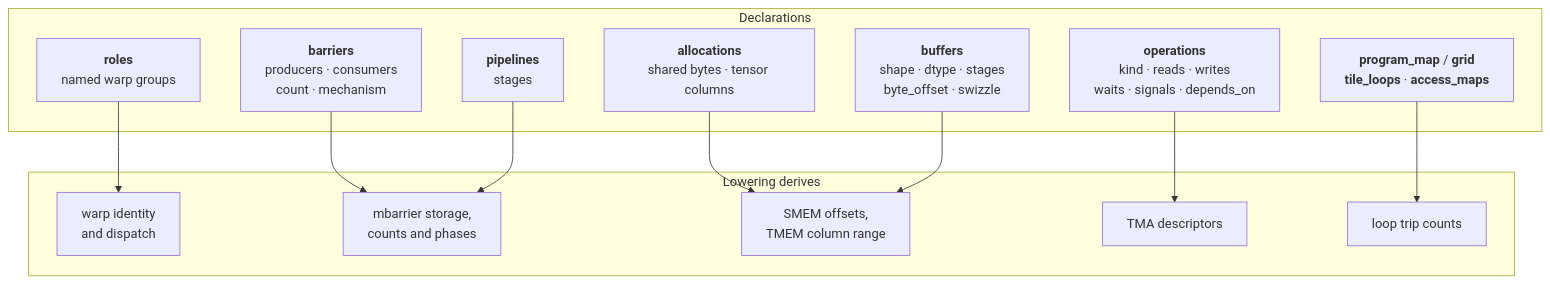
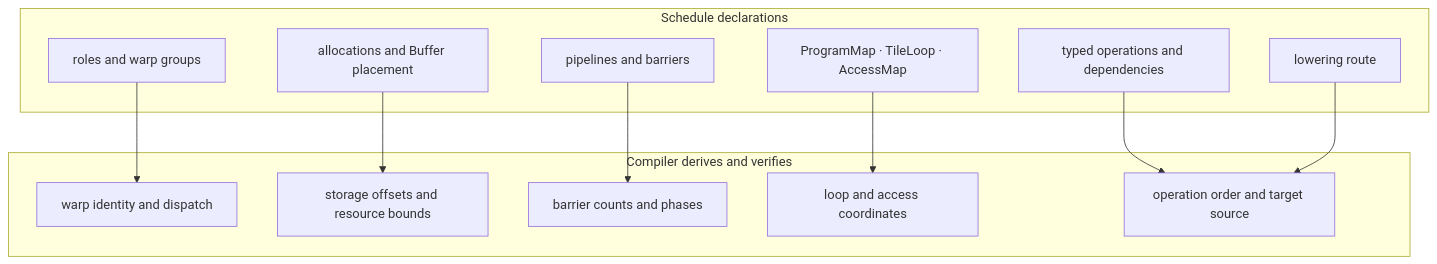
The second of 4 diagrams in docs/ARCHITECTURE.md (qhy991/open-cake-ir), drawn with Mermaid before and after one commit. The commit also changed other lines of this file and 55 other files, not shown here.

````diff
--- a/docs/ARCHITECTURE.md
+++ b/docs/ARCHITECTURE.md
@@ -124,28 +75,26 @@
 ```mermaid
 graph TB
-    subgraph decl["Declarations"]
-        R["<b>roles</b><br/>named warp groups"]
-        AL["<b>allocations</b><br/>shared bytes · tensor columns"]
-        B["<b>buffers</b><br/>shape · dtype · stages<br/>byte_offset · swizzle"]
-        P["<b>pipelines</b><br/>stages"]
-        BA["<b>barriers</b><br/>producers · consumers<br/>count · mechanism"]
-        PM["<b>program_map</b> / <b>grid</b><br/><b>tile_loops</b> · <b>access_maps</b>"]
-        OP["<b>operations</b><br/>kind · reads · writes<br/>waits · signals · depends_on"]
+    subgraph declarations["Schedule declarations"]
+        R["roles and warp groups"]
+        A["allocations and Buffer placement"]
+        P["pipelines and barriers"]
+        M["ProgramMap · TileLoop · AccessMap"]
+        O["typed operations and dependencies"]
+        LR["lowering route"]
     end
 
-    subgraph derived["Lowering derives"]
-        D1["warp identity<br/>and dispatch"]
-        D2["mbarrier storage,<br/>counts and phases"]
-        D3["SMEM offsets,<br/>TMEM column range"]
-        D4["TMA descriptors"]
-        D5["loop trip counts"]
+    subgraph derived["Compiler derives and verifies"]
+        D1["warp identity and dispatch"]
+        D2["storage offsets and resource bounds"]
+        D3["barrier counts and phases"]
+        D4["loop and access coordinates"]
+        D5["operation order and target source"]
     end
 
     R --> D1
-    BA --> D2
-    P --> D2
-    AL --> D3
-    B --> D3
-    OP --> D4
-    PM --> D5
+    A --> D2
+    P --> D3
+    M --> D4
+    O --> D5
+    LR --> D5
 ```
````
